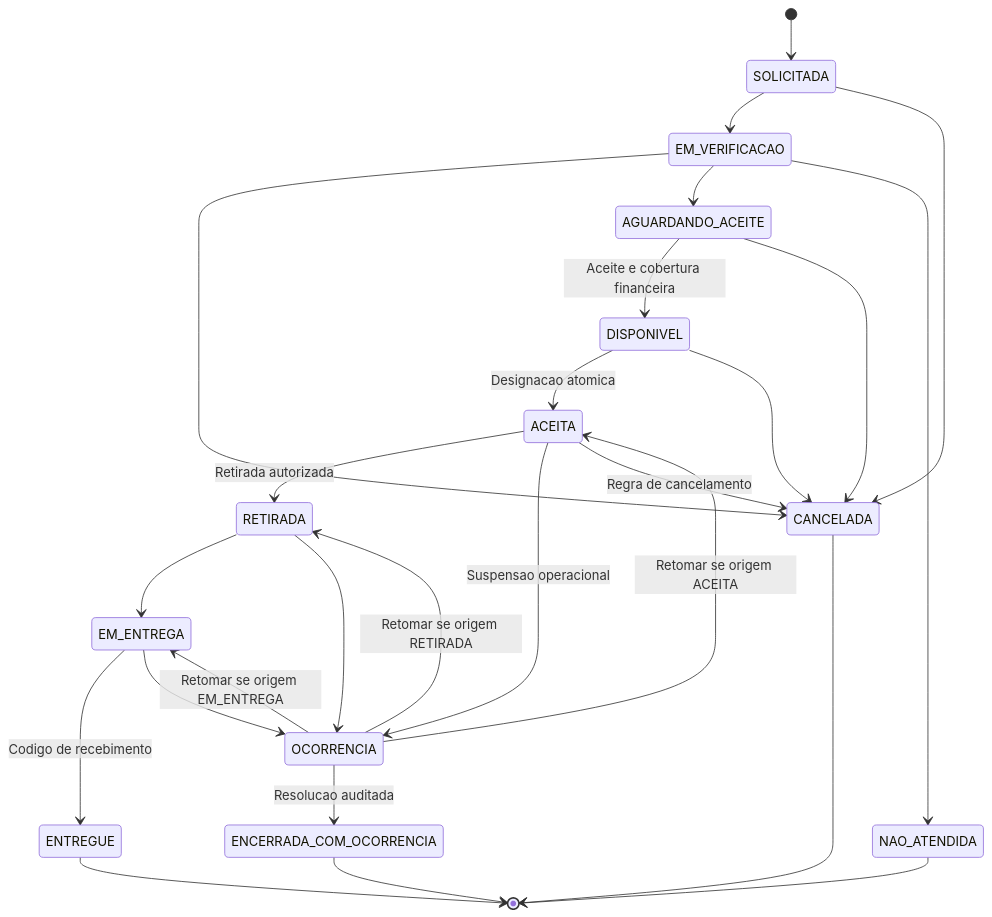
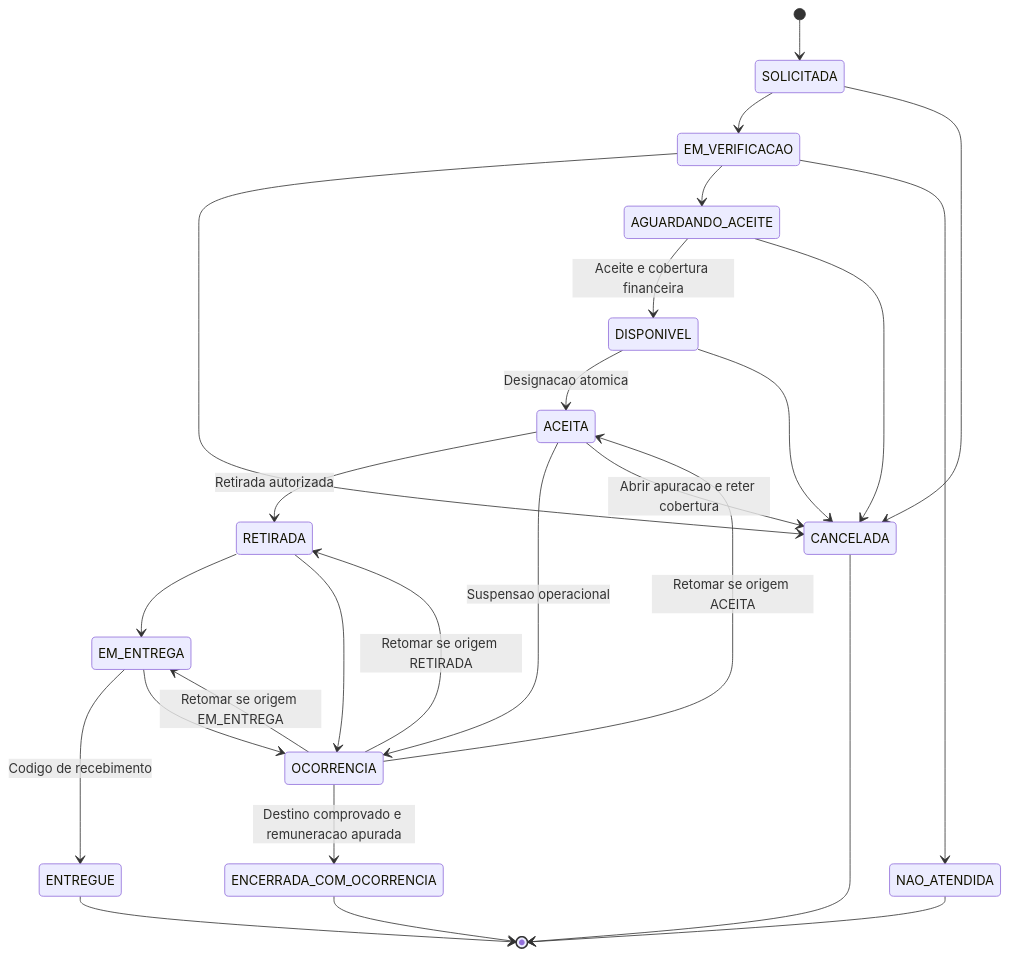
One commit to Kayquebrigadeiro/Exameperto changed the fourth of 10 diagrams in docs/DIAGRAMAS.md. Above: the diagram before and after it, drawn with Mermaid. The commit also changed other lines of this file and 28 other files, not shown here.

````diff
--- a/docs/DIAGRAMAS.md
+++ b/docs/DIAGRAMAS.md
@@ -108,28 +117,28 @@
 ```mermaid
 stateDiagram-v2
   [*] --> SOLICITADA
   SOLICITADA --> EM_VERIFICACAO
   SOLICITADA --> CANCELADA
   EM_VERIFICACAO --> CANCELADA
   EM_VERIFICACAO --> AGUARDANDO_ACEITE
   EM_VERIFICACAO --> NAO_ATENDIDA
   AGUARDANDO_ACEITE --> DISPONIVEL: Aceite e cobertura financeira
   AGUARDANDO_ACEITE --> CANCELADA
   DISPONIVEL --> ACEITA: Designacao atomica
   DISPONIVEL --> CANCELADA
   ACEITA --> RETIRADA: Retirada autorizada
   ACEITA --> OCORRENCIA: Suspensao operacional
-  ACEITA --> CANCELADA: Regra de cancelamento
+  ACEITA --> CANCELADA: Abrir apuracao e reter cobertura
   RETIRADA --> EM_ENTREGA
   EM_ENTREGA --> ENTREGUE: Codigo de recebimento
   RETIRADA --> OCORRENCIA
   EM_ENTREGA --> OCORRENCIA
   OCORRENCIA --> ACEITA: Retomar se origem ACEITA
   OCORRENCIA --> RETIRADA: Retomar se origem RETIRADA
   OCORRENCIA --> EM_ENTREGA: Retomar se origem EM_ENTREGA
-  OCORRENCIA --> ENCERRADA_COM_OCORRENCIA: Resolucao auditada
+  OCORRENCIA --> ENCERRADA_COM_OCORRENCIA: Destino comprovado e remuneracao apurada
   ENTREGUE --> [*]
   CANCELADA --> [*]
   NAO_ATENDIDA --> [*]
   ENCERRADA_COM_OCORRENCIA --> [*]
 ```
````
